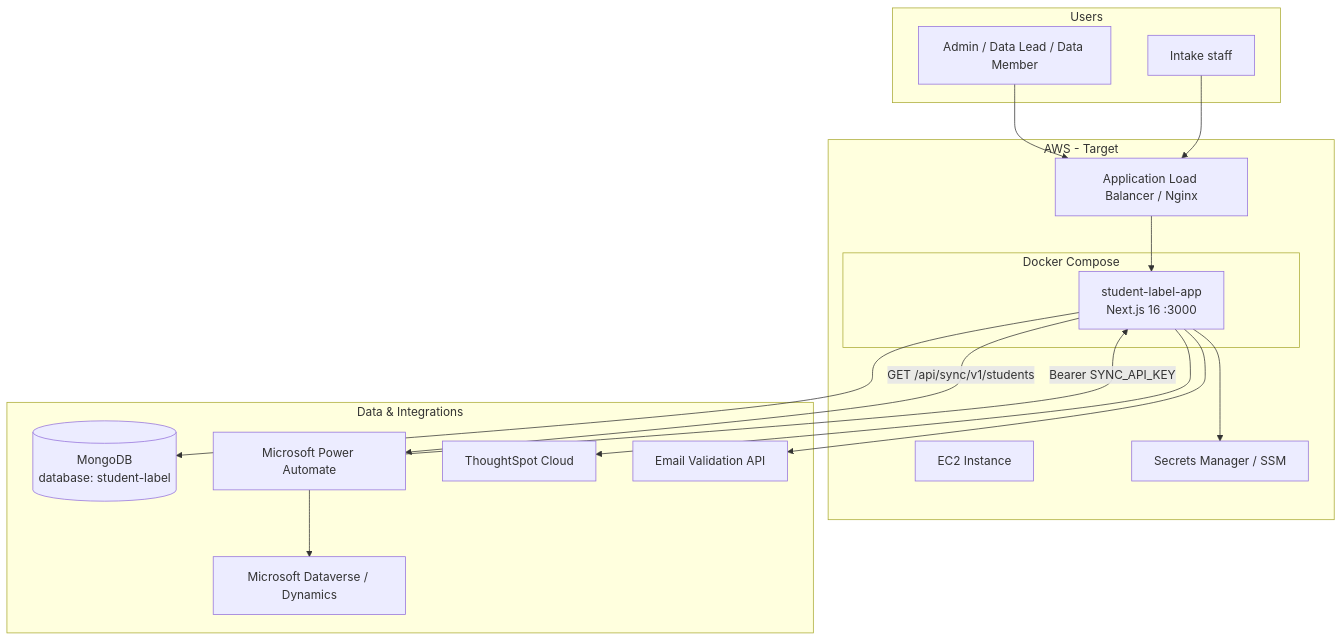
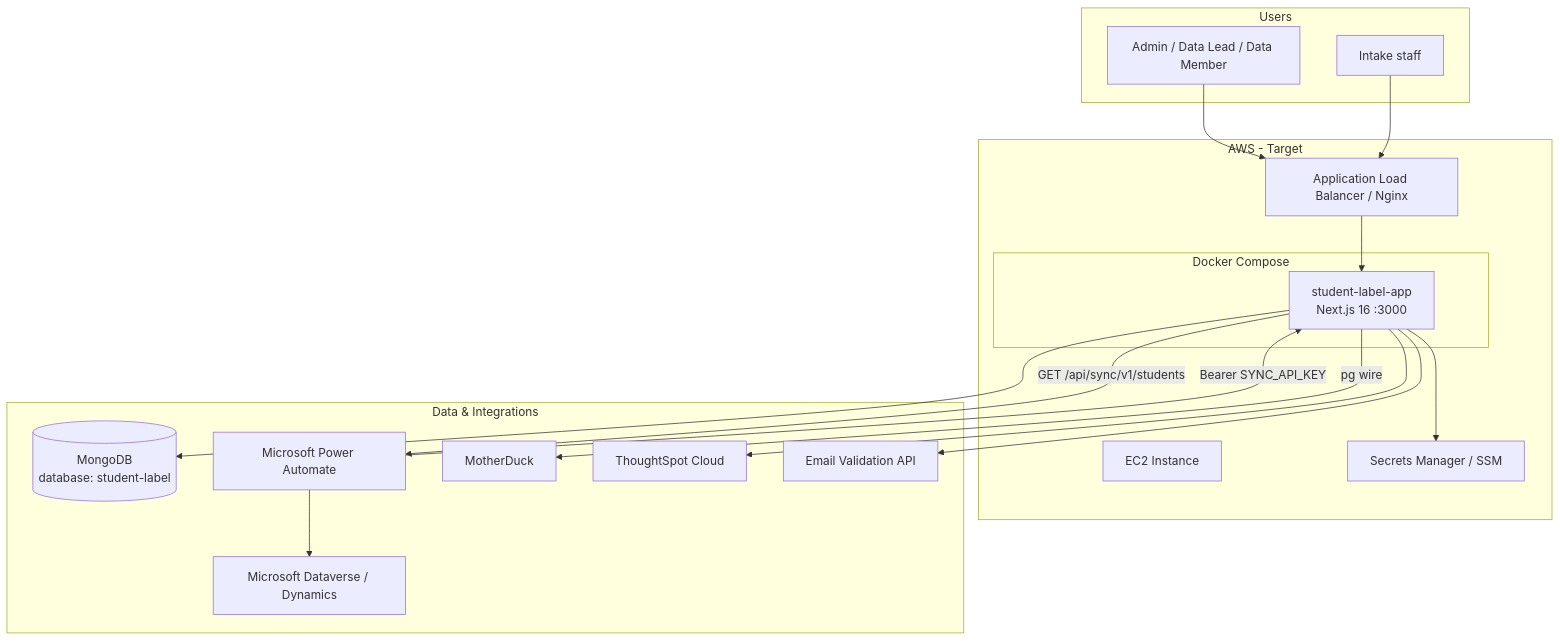
One commit to jjaramillodoe/student-label-system changed the diagram in docs/aws-deployment-architecture.md. Above: the diagram before and after it, drawn with Mermaid. The commit also changed other lines of this file and 12 other files, not shown here.

First line of the commit message:
Update documentation to reflect MotherDuck integration and analytics changes

````diff
--- a/docs/aws-deployment-architecture.md
+++ b/docs/aws-deployment-architecture.md
@@ -33,35 +33,37 @@
 ```mermaid
 flowchart TB
   subgraph users [Users]
     Admin[Admin / Data Lead / Data Member]
     Intake[Intake staff]
   end
 
   subgraph aws [AWS - Target]
     ALB[Application Load Balancer / Nginx]
     EC2[EC2 Instance]
     subgraph docker [Docker Compose]
       App[student-label-app<br/>Next.js 16 :3000]
     end
     Secrets[Secrets Manager / SSM]
   end
 
   subgraph data [Data & Integrations]
     Mongo[(MongoDB<br/>database: student-label)]
     PA[Microsoft Power Automate]
     DV[Microsoft Dataverse / Dynamics]
+    MD[MotherDuck]
     TS[ThoughtSpot Cloud]
     EmailVal[Email Validation API]
   end
 
   Admin --> ALB
   Intake --> ALB
   ALB --> App
   App --> Mongo
   App --> Secrets
   PA -->|Bearer SYNC_API_KEY| App
   App -->|GET /api/sync/v1/students| PA
   PA --> DV
+  App -->|pg wire| MD
   App --> TS
   App --> EmailVal
 ```
````
